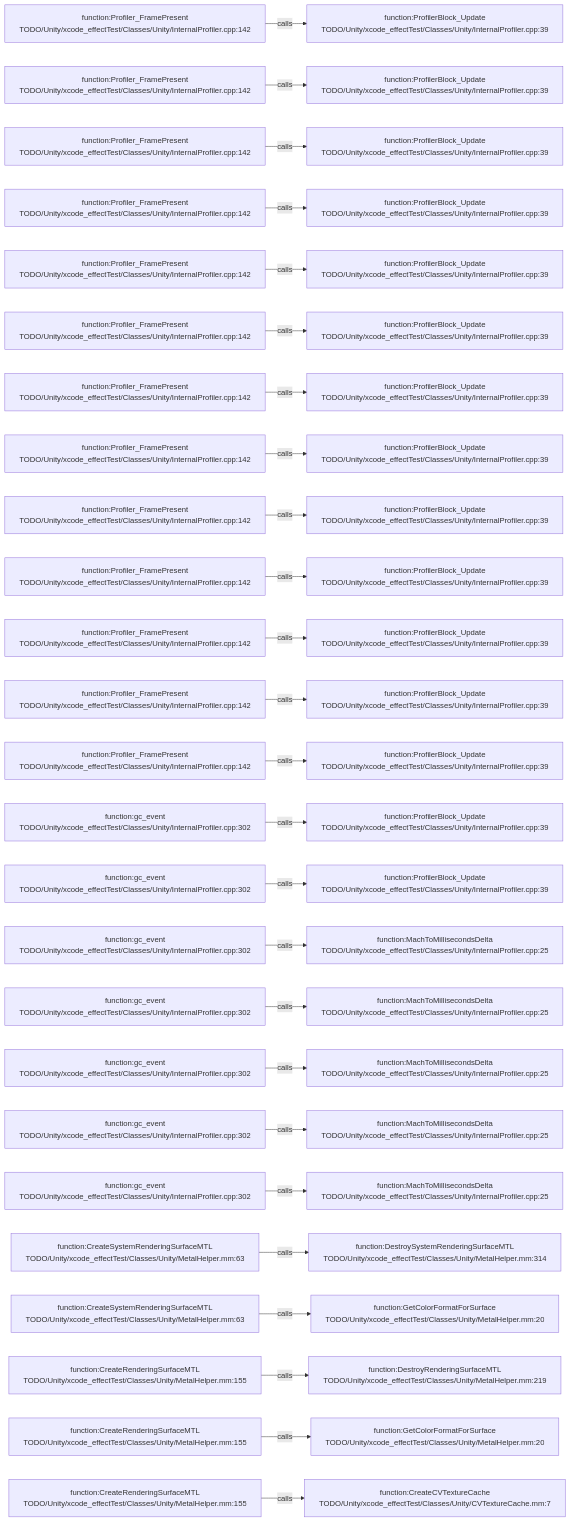
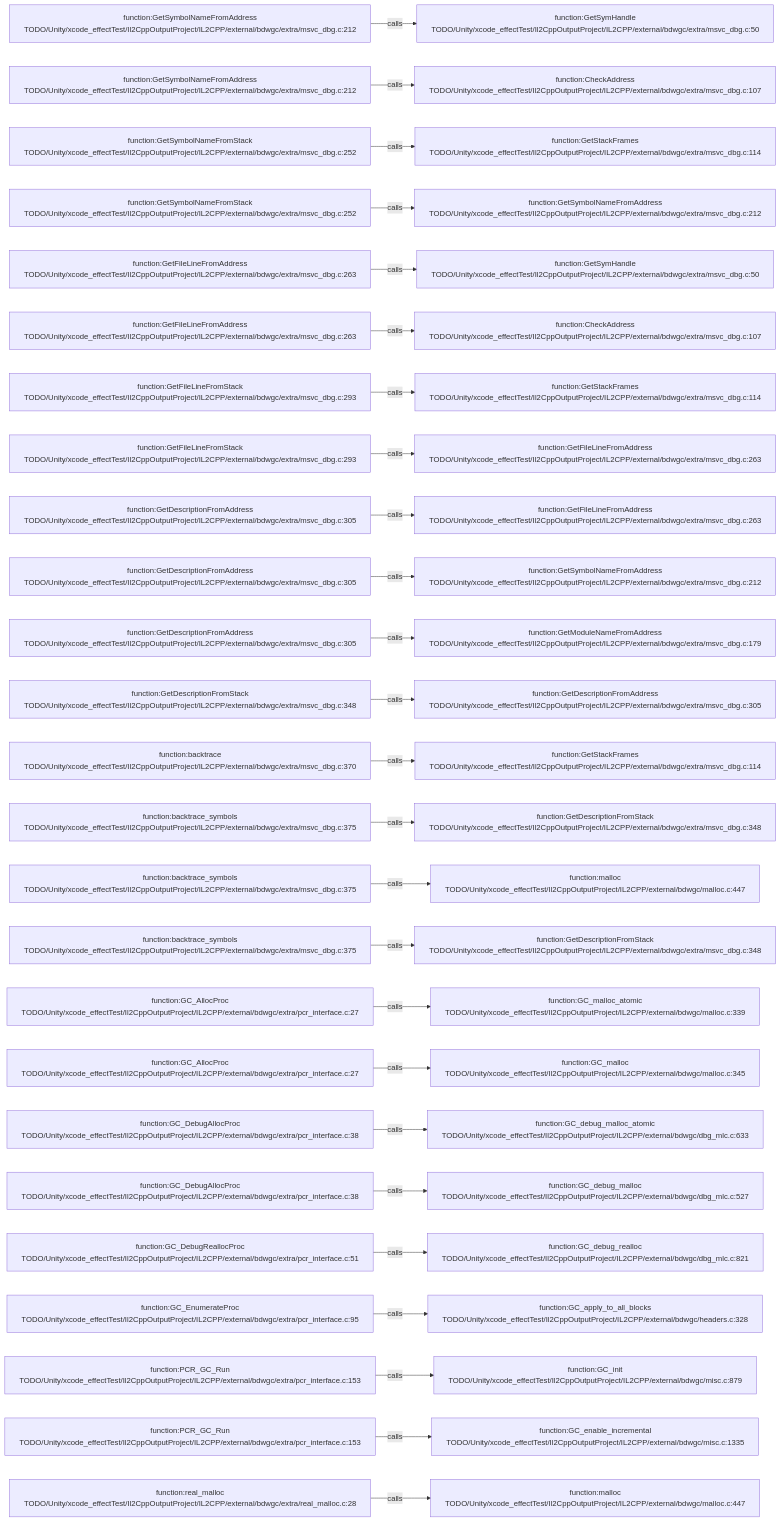
The diagram in .codegraph/codegraph.md/graphs/calls-108.md (JobsKits/JobsSwiftBaseConfigDemo), drawn with Mermaid before and after one commit. The commit also changed 227 other files, not shown here.

````diff
--- a/.codegraph/codegraph.md/graphs/calls-108.md
+++ b/.codegraph/codegraph.md/graphs/calls-108.md
@@ -13,78 +13,78 @@
 ```mermaid
 flowchart LR
-  S1["function:Profiler_FramePresent<br/>TODO/Unity/xcode_effectTest/Classes/Unity/InternalProfiler.cpp:142"]
-  T1["function:ProfilerBlock_Update<br/>TODO/Unity/xcode_effectTest/Classes/Unity/InternalProfiler.cpp:39"]
+  S1["function:GetSymbolNameFromAddress<br/>TODO/Unity/xcode_effectTest/Il2CppOutputProject/IL2CPP/external/bdwgc/extra/msvc_dbg.c:212"]
+  T1["function:GetSymHandle<br/>TODO/Unity/xcode_effectTest/Il2CppOutputProject/IL2CPP/external/bdwgc/extra/msvc_dbg.c:50"]
   S1 -->|calls| T1
-  S2["function:Profiler_FramePresent<br/>TODO/Unity/xcode_effectTest/Classes/Unity/InternalProfiler.cpp:142"]
-  T2["function:ProfilerBlock_Update<br/>TODO/Unity/xcode_effectTest/Classes/Unity/InternalProfiler.cpp:39"]
+  S2["function:GetSymbolNameFromAddress<br/>TODO/Unity/xcode_effectTest/Il2CppOutputProject/IL2CPP/external/bdwgc/extra/msvc_dbg.c:212"]
+  T2["function:CheckAddress<br/>TODO/Unity/xcode_effectTest/Il2CppOutputProject/IL2CPP/external/bdwgc/extra/msvc_dbg.c:107"]
   S2 -->|calls| T2
-  S3["function:Profiler_FramePresent<br/>TODO/Unity/xcode_effectTest/Classes/Unity/InternalProfiler.cpp:142"]
-  T3["function:ProfilerBlock_Update<br/>TODO/Unity/xcode_effectTest/Classes/Unity/InternalProfiler.cpp:39"]
+  S3["function:GetSymbolNameFromStack<br/>TODO/Unity/xcode_effectTest/Il2CppOutputProject/IL2CPP/external/bdwgc/extra/msvc_dbg.c:252"]
+  T3["function:GetStackFrames<br/>TODO/Unity/xcode_effectTest/Il2CppOutputProject/IL2CPP/external/bdwgc/extra/msvc_dbg.c:114"]
   S3 -->|calls| T3
-  S4["function:Profiler_FramePresent<br/>TODO/Unity/xcode_effectTest/Classes/Unity/InternalProfiler.cpp:142"]
-  T4["function:ProfilerBlock_Update<br/>TODO/Unity/xcode_effectTest/Classes/Unity/InternalProfiler.cpp:39"]
+  S4["function:GetSymbolNameFromStack<br/>TODO/Unity/xcode_effectTest/Il2CppOutputProject/IL2CPP/external/bdwgc/extra/msvc_dbg.c:252"]
+  T4["function:GetSymbolNameFromAddress<br/>TODO/Unity/xcode_effectTest/Il2CppOutputProject/IL2CPP/external/bdwgc/extra/msvc_dbg.c:212"]
   S4 -->|calls| T4
-  S5["function:Profiler_FramePresent<br/>TODO/Unity/xcode_effectTest/Classes/Unity/InternalProfiler.cpp:142"]
-  T5["function:ProfilerBlock_Update<br/>TODO/Unity/xcode_effectTest/Classes/Unity/InternalProfiler.cpp:39"]
+  S5["function:GetFileLineFromAddress<br/>TODO/Unity/xcode_effectTest/Il2CppOutputProject/IL2CPP/external/bdwgc/extra/msvc_dbg.c:263"]
+  T5["function:GetSymHandle<br/>TODO/Unity/xcode_effectTest/Il2CppOutputProject/IL2CPP/external/bdwgc/extra/msvc_dbg.c:50"]
   S5 -->|calls| T5
-  S6["function:Profiler_FramePresent<br/>TODO/Unity/xcode_effectTest/Classes/Unity/InternalProfiler.cpp:142"]
-  T6["function:ProfilerBlock_Update<br/>TODO/Unity/xcode_effectTest/Classes/Unity/InternalProfiler.cpp:39"]
+  S6["function:GetFileLineFromAddress<br/>TODO/Unity/xcode_effectTest/Il2CppOutputProject/IL2CPP/external/bdwgc/extra/msvc_dbg.c:263"]
+  T6["function:CheckAddress<br/>TODO/Unity/xcode_effectTest/Il2CppOutputProject/IL2CPP/external/bdwgc/extra/msvc_dbg.c:107"]
   S6 -->|calls| T6
-  S7["function:Profiler_FramePresent<br/>TODO/Unity/xcode_effectTest/Classes/Unity/InternalProfiler.cpp:142"]
-  T7["function:ProfilerBlock_Update<br/>TODO/Unity/xcode_effectTest/Classes/Unity/InternalProfiler.cpp:39"]
+  S7["function:GetFileLineFromStack<br/>TODO/Unity/xcode_effectTest/Il2CppOutputProject/IL2CPP/external/bdwgc/extra/msvc_dbg.c:293"]
+  T7["function:GetStackFrames<br/>TODO/Unity/xcode_effectTest/Il2CppOutputProject/IL2CPP/external/bdwgc/extra/msvc_dbg.c:114"]
   S7 -->|calls| T7
-  S8["function:Profiler_FramePresent<br/>TODO/Unity/xcode_effectTest/Classes/Unity/InternalProfiler.cpp:142"]
-  T8["function:ProfilerBlock_Update<br/>TODO/Unity/xcode_effectTest/Classes/Unity/InternalProfiler.cpp:39"]
+  S8["function:GetFileLineFromStack<br/>TODO/Unity/xcode_effectTest/Il2CppOutputProject/IL2CPP/external/bdwgc/extra/msvc_dbg.c:293"]
+  T8["function:GetFileLineFromAddress<br/>TODO/Unity/xcode_effectTest/Il2CppOutputProject/IL2CPP/external/bdwgc/extra/msvc_dbg.c:263"]
   S8 -->|calls| T8
-  S9["function:Profiler_FramePresent<br/>TODO/Unity/xcode_effectTest/Classes/Unity/InternalProfiler.cpp:142"]
-  T9["function:ProfilerBlock_Update<br/>TODO/Unity/xcode_effectTest/Classes/Unity/InternalProfiler.cpp:39"]
+  S9["function:GetDescriptionFromAddress<br/>TODO/Unity/xcode_effectTest/Il2CppOutputProject/IL2CPP/external/bdwgc/extra/msvc_dbg.c:305"]
+  T9["function:GetFileLineFromAddress<br/>TODO/Unity/xcode_effectTest/Il2CppOutputProject/IL2CPP/external/bdwgc/extra/msvc_dbg.c:263"]
   S9 -->|calls| T9
-  S10["function:Profiler_FramePresent<br/>TODO/Unity/xcode_effectTest/Classes/Unity/InternalProfiler.cpp:142"]
-  T10["function:ProfilerBlock_Update<br/>TODO/Unity/xcode_effectTest/Classes/Unity/InternalProfiler.cpp:39"]
+  S10["function:GetDescriptionFromAddress<br/>TODO/Unity/xcode_effectTest/Il2CppOutputProject/IL2CPP/external/bdwgc/extra/msvc_dbg.c:305"]
+  T10["function:GetSymbolNameFromAddress<br/>TODO/Unity/xcode_effectTest/Il2CppOutputProject/IL2CPP/external/bdwgc/extra/msvc_dbg.c:212"]
   S10 -->|calls| T10
-  S11["function:Profiler_FramePresent<br/>TODO/Unity/xcode_effectTest/Classes/Unity/InternalProfiler.cpp:142"]
-  T11["function:ProfilerBlock_Update<br/>TODO/Unity/xcode_effectTest/Classes/Unity/InternalProfiler.cpp:39"]
+  S11["function:GetDescriptionFromAddress<br/>TODO/Unity/xcode_effectTest/Il2CppOutputProject/IL2CPP/external/bdwgc/extra/msvc_dbg.c:305"]
+  T11["function:GetModuleNameFromAddress<br/>TODO/Unity/xcode_effectTest/Il2CppOutputProject/IL2CPP/external/bdwgc/extra/msvc_dbg.c:179"]
   S11 -->|calls| T11
-  S12["function:Profiler_FramePresent<br/>TODO/Unity/xcode_effectTest/Classes/Unity/InternalProfiler.cpp:142"]
-  T12["function:ProfilerBlock_Update<br/>TODO/Unity/xcode_effectTest/Classes/Unity/InternalProfiler.cpp:39"]
+  S12["function:GetDescriptionFromStack<br/>TODO/Unity/xcode_effectTest/Il2CppOutputProject/IL2CPP/external/bdwgc/extra/msvc_dbg.c:348"]
+  T12["function:GetDescriptionFromAddress<br/>TODO/Unity/xcode_effectTest/Il2CppOutputProject/IL2CPP/external/bdwgc/extra/msvc_dbg.c:305"]
   S12 -->|calls| T12
-  S13["function:Profiler_FramePresent<br/>TODO/Unity/xcode_effectTest/Classes/Unity/InternalProfiler.cpp:142"]
-  T13["function:ProfilerBlock_Update<br/>TODO/Unity/xcode_effectTest/Classes/Unity/InternalProfiler.cpp:39"]
+  S13["function:backtrace<br/>TODO/Unity/xcode_effectTest/Il2CppOutputProject/IL2CPP/external/bdwgc/extra/msvc_dbg.c:370"]
+  T13["function:GetStackFrames<br/>TODO/Unity/xcode_effectTest/Il2CppOutputProject/IL2CPP/external/bdwgc/extra/msvc_dbg.c:114"]
   S13 -->|calls| T13
-  S14["function:gc_event<br/>TODO/Unity/xcode_effectTest/Classes/Unity/InternalProfiler.cpp:302"]
-  T14["function:ProfilerBlock_Update<br/>TODO/Unity/xcode_effectTest/Classes/Unity/InternalProfiler.cpp:39"]
+  S14["function:backtrace_symbols<br/>TODO/Unity/xcode_effectTest/Il2CppOutputProject/IL2CPP/external/bdwgc/extra/msvc_dbg.c:375"]
+  T14["function:GetDescriptionFromStack<br/>TODO/Unity/xcode_effectTest/Il2CppOutputProject/IL2CPP/external/bdwgc/extra/msvc_dbg.c:348"]
   S14 -->|calls| T14
-  S15["function:gc_event<br/>TODO/Unity/xcode_effectTest/Classes/Unity/InternalProfiler.cpp:302"]
-  T15["function:ProfilerBlock_Update<br/>TODO/Unity/xcode_effectTest/Classes/Unity/InternalProfiler.cpp:39"]
+  S15["function:backtrace_symbols<br/>TODO/Unity/xcode_effectTest/Il2CppOutputProject/IL2CPP/external/bdwgc/extra/msvc_dbg.c:375"]
+  T15["function:malloc<br/>TODO/Unity/xcode_effectTest/Il2CppOutputProject/IL2CPP/external/bdwgc/malloc.c:447"]
   S15 -->|calls| T15
-  S16["function:gc_event<br/>TODO/Unity/xcode_effectTest/Classes/Unity/InternalProfiler.cpp:302"]
-  T16["function:MachToMillisecondsDelta<br/>TODO/Unity/xcode_effectTest/Classes/Unity/InternalProfiler.cpp:25"]
+  S16["function:backtrace_symbols<br/>TODO/Unity/xcode_effectTest/Il2CppOutputProject/IL2CPP/external/bdwgc/extra/msvc_dbg.c:375"]
+  T16["function:GetDescriptionFromStack<br/>TODO/Unity/xcode_effectTest/Il2CppOutputProject/IL2CPP/external/bdwgc/extra/msvc_dbg.c:348"]
   S16 -->|calls| T16
-  S17["function:gc_event<br/>TODO/Unity/xcode_effectTest/Classes/Unity/InternalProfiler.cpp:302"]
-  T17["function:MachToMillisecondsDelta<br/>TODO/Unity/xcode_effectTest/Classes/Unity/InternalProfiler.cpp:25"]
+  S17["function:GC_AllocProc<br/>TODO/Unity/xcode_effectTest/Il2CppOutputProject/IL2CPP/external/bdwgc/extra/pcr_interface.c:27"]
+  T17["function:GC_malloc_atomic<br/>TODO/Unity/xcode_effectTest/Il2CppOutputProject/IL2CPP/external/bdwgc/malloc.c:339"]
   S17 -->|calls| T17
-  S18["function:gc_event<br/>TODO/Unity/xcode_effectTest/Classes/Unity/InternalProfiler.cpp:302"]
-  T18["function:MachToMillisecondsDelta<br/>TODO/Unity/xcode_effectTest/Classes/Unity/InternalProfiler.cpp:25"]
+  S18["function:GC_AllocProc<br/>TODO/Unity/xcode_effectTest/Il2CppOutputProject/IL2CPP/external/bdwgc/extra/pcr_interface.c:27"]
+  T18["function:GC_malloc<br/>TODO/Unity/xcode_effectTest/Il2CppOutputProject/IL2CPP/external/bdwgc/malloc.c:345"]
   S18 -->|calls| T18
-  S19["function:gc_event<br/>TODO/Unity/xcode_effectTest/Classes/Unity/InternalProfiler.cpp:302"]
-  T19["function:MachToMillisecondsDelta<br/>TODO/Unity/xcode_effectTest/Classes/Unity/InternalProfiler.cpp:25"]
+  S19["function:GC_DebugAllocProc<br/>TODO/Unity/xcode_effectTest/Il2CppOutputProject/IL2CPP/external/bdwgc/extra/pcr_interface.c:38"]
+  T19["function:GC_debug_malloc_atomic<br/>TODO/Unity/xcode_effectTest/Il2CppOutputProject/IL2CPP/external/bdwgc/dbg_mlc.c:633"]
   S19 -->|calls| T19
-  S20["function:gc_event<br/>TODO/Unity/xcode_effectTest/Classes/Unity/InternalProfiler.cpp:302"]
-  T20["function:MachToMillisecondsDelta<br/>TODO/Unity/xcode_effectTest/Classes/Unity/InternalProfiler.cpp:25"]
+  S20["function:GC_DebugAllocProc<br/>TODO/Unity/xcode_effectTest/Il2CppOutputProject/IL2CPP/external/bdwgc/extra/pcr_interface.c:38"]
+  T20["function:GC_debug_malloc<br/>TODO/Unity/xcode_effectTest/Il2CppOutputProject/IL2CPP/external/bdwgc/dbg_mlc.c:527"]
   S20 -->|calls| T20
-  S21["function:CreateSystemRenderingSurfaceMTL<br/>TODO/Unity/xcode_effectTest/Classes/Unity/MetalHelper.mm:63"]
-  T21["function:DestroySystemRenderingSurfaceMTL<br/>TODO/Unity/xcode_effectTest/Classes/Unity/MetalHelper.mm:314"]
+  S21["function:GC_DebugReallocProc<br/>TODO/Unity/xcode_effectTest/Il2CppOutputProject/IL2CPP/external/bdwgc/extra/pcr_interface.c:51"]
+  T21["function:GC_debug_realloc<br/>TODO/Unity/xcode_effectTest/Il2CppOutputProject/IL2CPP/external/bdwgc/dbg_mlc.c:821"]
   S21 -->|calls| T21
-  S22["function:CreateSystemRenderingSurfaceMTL<br/>TODO/Unity/xcode_effectTest/Classes/Unity/MetalHelper.mm:63"]
-  T22["function:GetColorFormatForSurface<br/>TODO/Unity/xcode_effectTest/Classes/Unity/MetalHelper.mm:20"]
+  S22["function:GC_EnumerateProc<br/>TODO/Unity/xcode_effectTest/Il2CppOutputProject/IL2CPP/external/bdwgc/extra/pcr_interface.c:95"]
+  T22["function:GC_apply_to_all_blocks<br/>TODO/Unity/xcode_effectTest/Il2CppOutputProject/IL2CPP/external/bdwgc/headers.c:328"]
   S22 -->|calls| T22
-  S23["function:CreateRenderingSurfaceMTL<br/>TODO/Unity/xcode_effectTest/Classes/Unity/MetalHelper.mm:155"]
-  T23["function:DestroyRenderingSurfaceMTL<br/>TODO/Unity/xcode_effectTest/Classes/Unity/MetalHelper.mm:219"]
+  S23["function:PCR_GC_Run<br/>TODO/Unity/xcode_effectTest/Il2CppOutputProject/IL2CPP/external/bdwgc/extra/pcr_interface.c:153"]
+  T23["function:GC_init<br/>TODO/Unity/xcode_effectTest/Il2CppOutputProject/IL2CPP/external/bdwgc/misc.c:879"]
   S23 -->|calls| T23
-  S24["function:CreateRenderingSurfaceMTL<br/>TODO/Unity/xcode_effectTest/Classes/Unity/MetalHelper.mm:155"]
-  T24["function:GetColorFormatForSurface<br/>TODO/Unity/xcode_effectTest/Classes/Unity/MetalHelper.mm:20"]
+  S24["function:PCR_GC_Run<br/>TODO/Unity/xcode_effectTest/Il2CppOutputProject/IL2CPP/external/bdwgc/extra/pcr_interface.c:153"]
+  T24["function:GC_enable_incremental<br/>TODO/Unity/xcode_effectTest/Il2CppOutputProject/IL2CPP/external/bdwgc/misc.c:1335"]
   S24 -->|calls| T24
-  S25["function:CreateRenderingSurfaceMTL<br/>TODO/Unity/xcode_effectTest/Classes/Unity/MetalHelper.mm:155"]
-  T25["function:CreateCVTextureCache<br/>TODO/Unity/xcode_effectTest/Classes/Unity/CVTextureCache.mm:7"]
+  S25["function:real_malloc<br/>TODO/Unity/xcode_effectTest/Il2CppOutputProject/IL2CPP/external/bdwgc/extra/real_malloc.c:28"]
+  T25["function:malloc<br/>TODO/Unity/xcode_effectTest/Il2CppOutputProject/IL2CPP/external/bdwgc/malloc.c:447"]
   S25 -->|calls| T25
 ```
````
